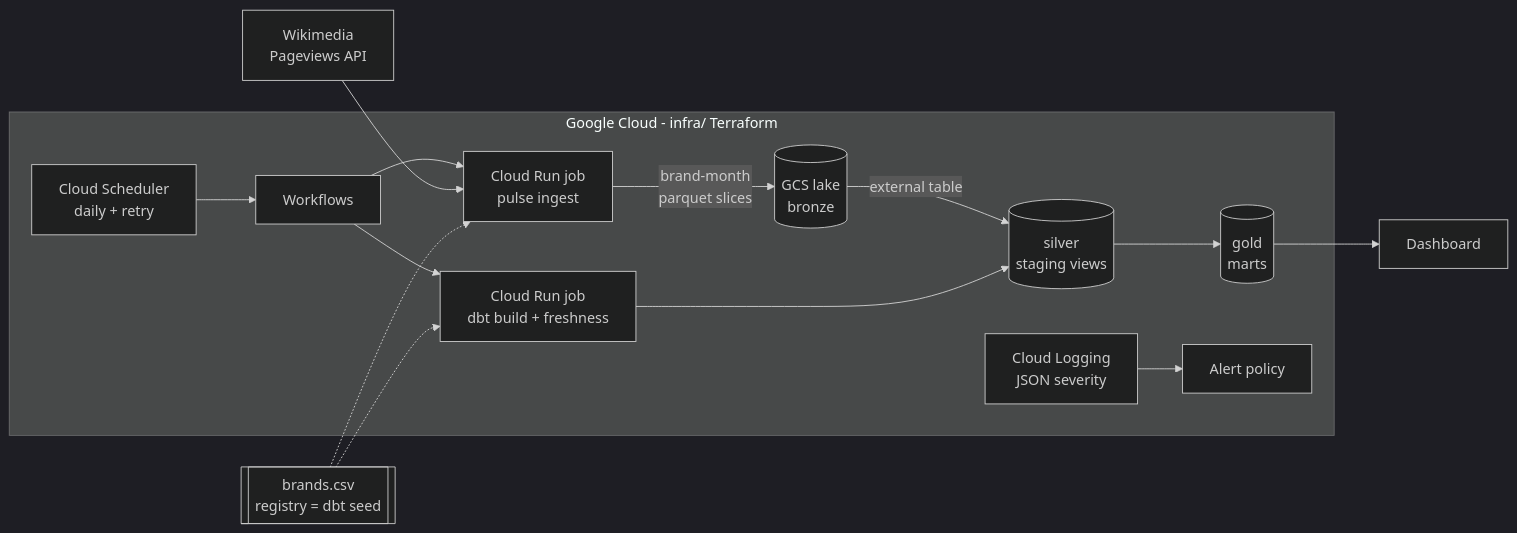
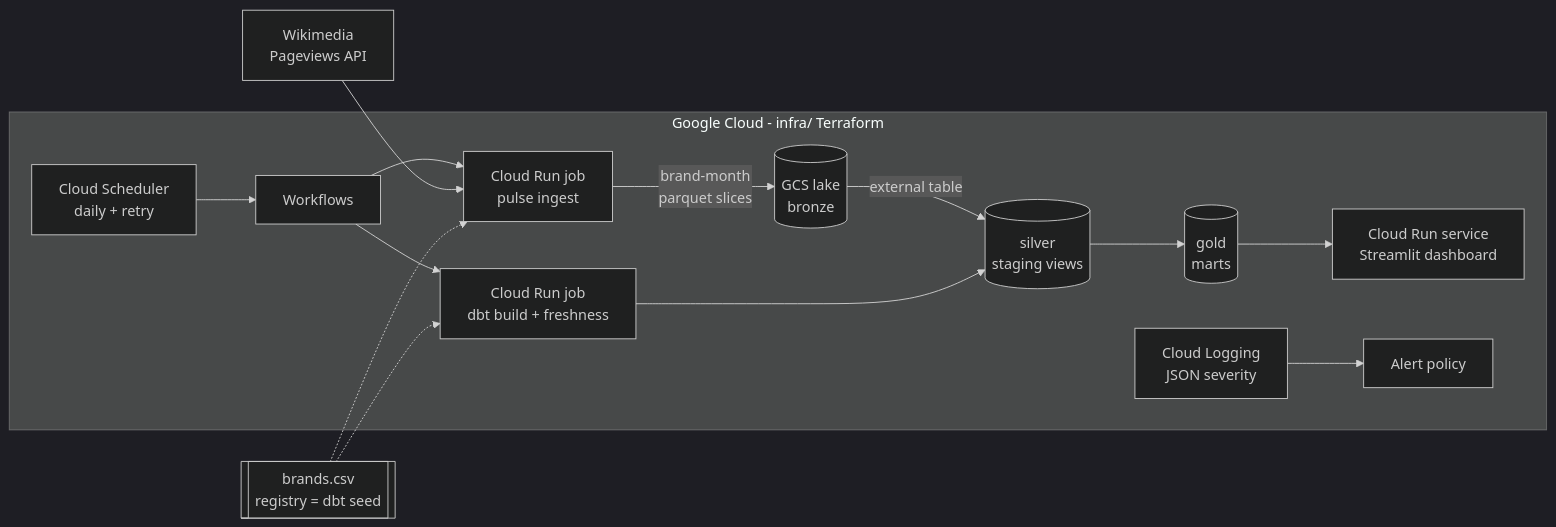
The diagram in README.md (mm7mm1/brand-pulse), drawn with Mermaid (dark theme) before and after one commit. The commit also changed other lines of this file and 1 other file, not shown here.

Commit message:
README: the live demo is the Cloud Run dashboard on BigQuery gold; the build roles go in the first targeted apply, before gcloud builds submit needs them

````diff
--- a/README.md
+++ b/README.md
@@ -23,20 +28,20 @@
 ```mermaid
 flowchart LR
     API[Wikimedia<br/>Pageviews API]
     REG[[brands.csv<br/>registry = dbt seed]]
 
     subgraph GCP[Google Cloud - infra/ Terraform]
         SCH[Cloud Scheduler<br/>daily + retry] --> WF[Workflows]
         WF --> ING[Cloud Run job<br/>pulse ingest]
         WF --> DBT[Cloud Run job<br/>dbt build + freshness]
         ING -->|brand-month<br/>parquet slices| LAKE[(GCS lake<br/>bronze)]
         LAKE -->|external table| SIL[(silver<br/>staging views)]
         DBT --> SIL --> GOLD[(gold<br/>marts)]
+        GOLD --> DASH[Cloud Run service<br/>Streamlit dashboard]
         LOGS[Cloud Logging<br/>JSON severity] --> ALERT[Alert policy]
     end
 
     API --> ING
     REG -.-> ING
     REG -.-> DBT
-    GOLD --> DASH[Dashboard]
 ```
````
